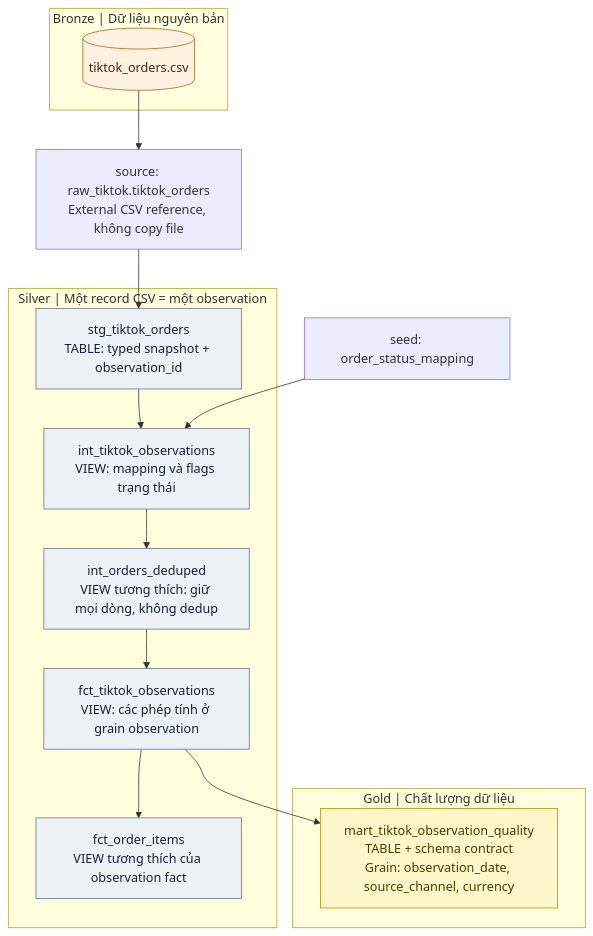
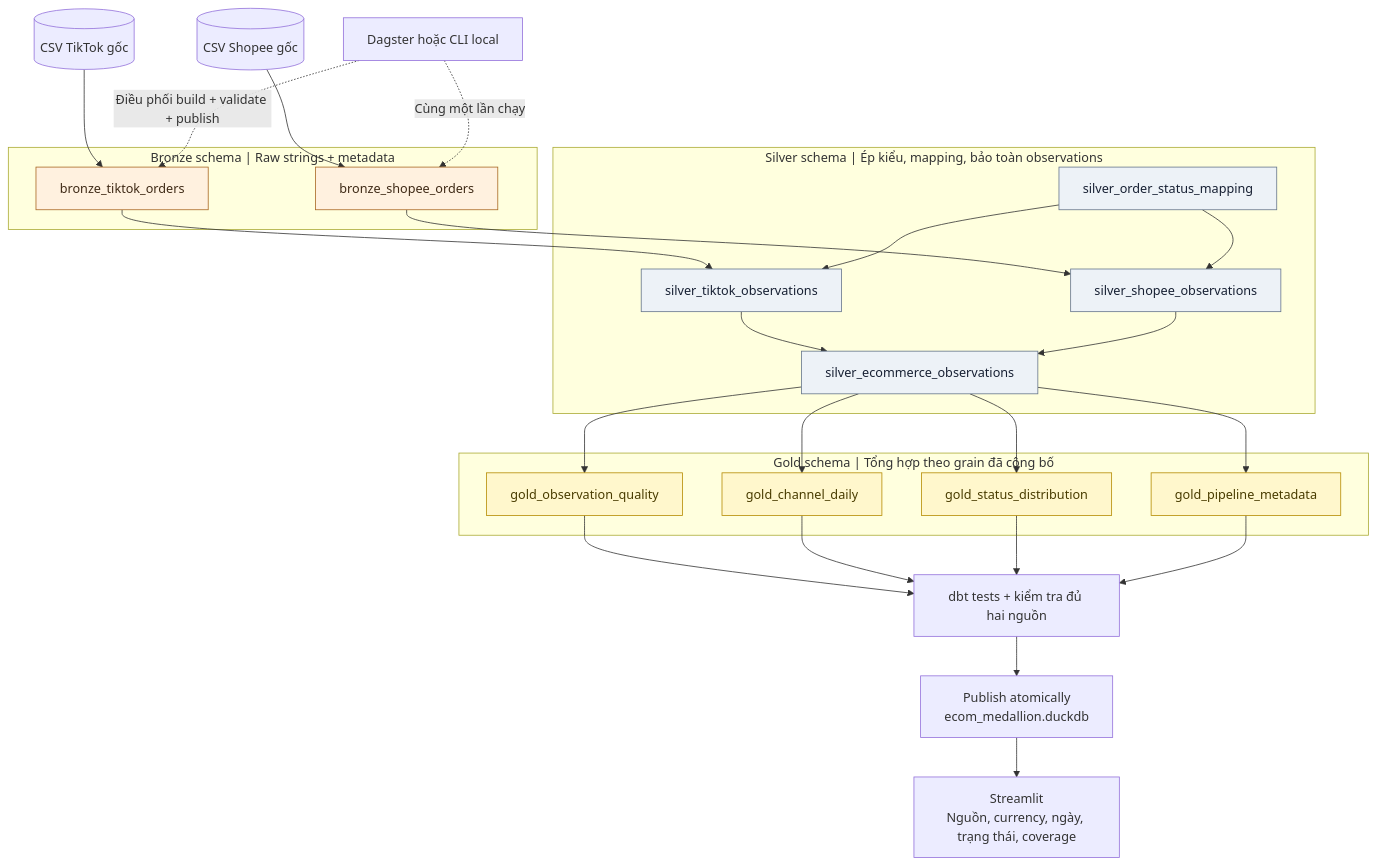
One commit to PhucTruong11/TikTok_orders_pipeline changed the diagram in README.md. Above: the diagram before and after it, drawn with Mermaid. The commit also changed other lines of this file and 58 other files, not shown here.

Commit message:
feat: add Shopee medallion pipeline and channel dashboard

````diff
--- a/README.md
+++ b/README.md
@@ -63,33 +9,46 @@
 ```mermaid
 flowchart TB
-    subgraph B["Bronze | Dữ liệu nguyên bản"]
-        CSV[("tiktok_orders.csv")]
+    TT[("CSV TikTok gốc")]
+    SP[("CSV Shopee gốc")]
+    subgraph B["Bronze schema | Raw strings + metadata"]
+        BT["bronze_tiktok_orders"]
+        BS["bronze_shopee_orders"]
     end
-    SRC["source: raw_tiktok.tiktok_orders<br/>External CSV reference, không copy file"]
-    MAP["seed: order_status_mapping"]
-
-    subgraph S["Silver | Một record CSV = một observation"]
-        ST["stg_tiktok_orders<br/>TABLE: typed snapshot + observation_id"]
-        INT["int_tiktok_observations<br/>VIEW: mapping và flags trạng thái"]
-        COMPAT["int_orders_deduped<br/>VIEW tương thích: giữ mọi dòng, không dedup"]
-        FACT["fct_tiktok_observations<br/>VIEW: các phép tính ở grain observation"]
-        ITEMS["fct_order_items<br/>VIEW tương thích của observation fact"]
-        ST --> INT --> COMPAT --> FACT
-        FACT --> ITEMS
+    subgraph S["Silver schema | Ép kiểu, mapping, bảo toàn observations"]
+        ST["silver_tiktok_observations"]
+        SS["silver_shopee_observations"]
+        MAP["silver_order_status_mapping"]
+        UNION["silver_ecommerce_observations"]
     end
-
-    subgraph G["Gold | Chất lượng dữ liệu"]
-        MART["mart_tiktok_observation_quality<br/>TABLE + schema contract<br/>Grain: observation_date, source_channel, currency"]
+    subgraph G["Gold schema | Tổng hợp theo grain đã công bố"]
+        Q["gold_observation_quality"]
+        D["gold_channel_daily"]
+        STATUS["gold_status_distribution"]
+        META["gold_pipeline_metadata"]
     end
-
-    CSV --> SRC --> ST
-    MAP --> INT
-    FACT --> MART
+    TT --> BT --> ST
+    SP --> BS --> SS
+    MAP --> ST
+    MAP --> SS
+    ST --> UNION
+    SS --> UNION
+    UNION --> Q
+    UNION --> D
+    UNION --> STATUS
+    UNION --> META
+    Q --> VERIFY["dbt tests + kiểm tra đủ hai nguồn"]
+    D --> VERIFY
+    STATUS --> VERIFY
+    META --> VERIFY
+    VERIFY --> PUBLISH["Publish atomically<br/>ecom_medallion.duckdb"]
+    PUBLISH --> UI["Streamlit<br/>Nguồn, currency, ngày, trạng thái, coverage"]
+    DAGSTER["Dagster hoặc CLI local"] -.->|"Điều phối build + validate + publish"| BT
+    DAGSTER -.->|"Cùng một lần chạy"| BS
 
     classDef bronze fill:#fff1df,stroke:#a86622,color:#3f2a16;
     classDef silver fill:#edf2f7,stroke:#64748b,color:#172033;
     classDef gold fill:#fff7cc,stroke:#b58b00,color:#493c00;
-    class CSV bronze;
-    class ST,INT,COMPAT,FACT,ITEMS silver;
-    class MART gold;
+    class BT,BS bronze;
+    class ST,SS,UNION,MAP silver;
+    class Q,D,STATUS,META gold;
 ```
````
